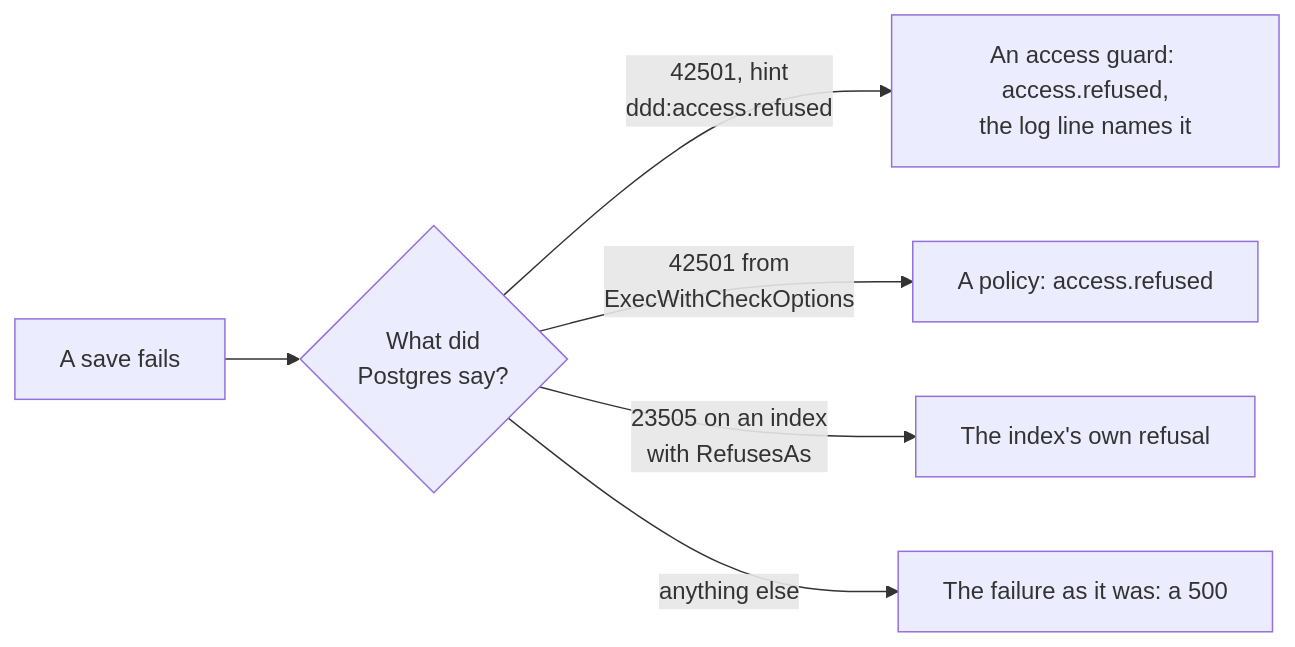
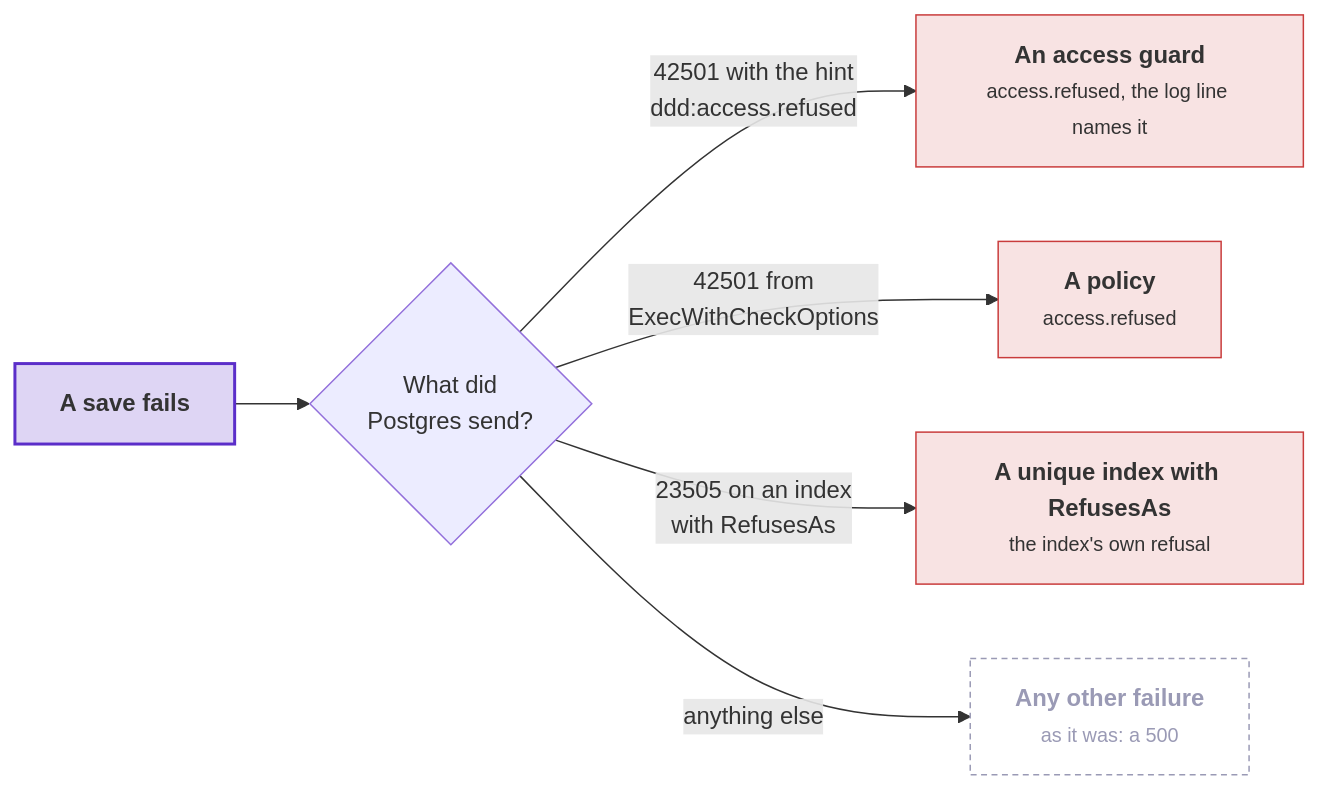
One commit to DylanSnel/DDDToolkit changed diagram 13 of 14 in docs/row-level-security.md. Above: the diagram before and after it, drawn with Mermaid. The commit also changed other lines of this file and 41 other files, not shown here.

First line of the commit message:
Docs: plain prose, one word per concept, and readable diagrams on every page

````diff
--- a/docs/row-level-security.md
+++ b/docs/row-level-security.md
@@ -2122,8 +2449,20 @@
 ```mermaid
 flowchart LR
-    Failed["A save fails"] --> Code{"What did<br/>Postgres say?"}
-    Code -->|"42501, hint<br/>ddd:access.refused"| Guard["An access guard: access.refused,<br/>the log line names it"]
-    Code -->|"42501 from<br/>ExecWithCheckOptions"| Policy["A policy: access.refused"]
-    Code -->|"23505 on an index<br/>with RefusesAs"| Index["The index's own refusal"]
-    Code -->|"anything else"| Other["The failure as it was: a 500"]
+    failed["<b>A save fails</b>"]
+    code{"What did<br/>Postgres send?"}
+    guard["<b>An access guard</b><br/><small>access.refused, the log line names it</small>"]
+    policy["<b>A policy</b><br/><small>access.refused</small>"]
+    index["<b>A unique index with RefusesAs</b><br/><small>the index's own refusal</small>"]
+    other["<b>Any other failure</b><br/><small>as it was: a 500</small>"]
+    failed --> code
+    code -->|"42501 with the hint<br/>ddd:access.refused"| guard
+    code -->|"42501 from<br/>ExecWithCheckOptions"| policy
+    code -->|"23505 on an index<br/>with RefusesAs"| index
+    code -->|"anything else"| other
+    classDef strong fill:#5b2ec933,stroke:#5b2ec9,stroke-width:2px
+    classDef muted fill:none,stroke:#9a9ab5,stroke-dasharray:4 3,color:#9a9ab5
+    classDef bad fill:#c93c3c24,stroke:#c93c3c
+    class failed strong
+    class guard,policy,index bad
+    class other muted
 ```
````
